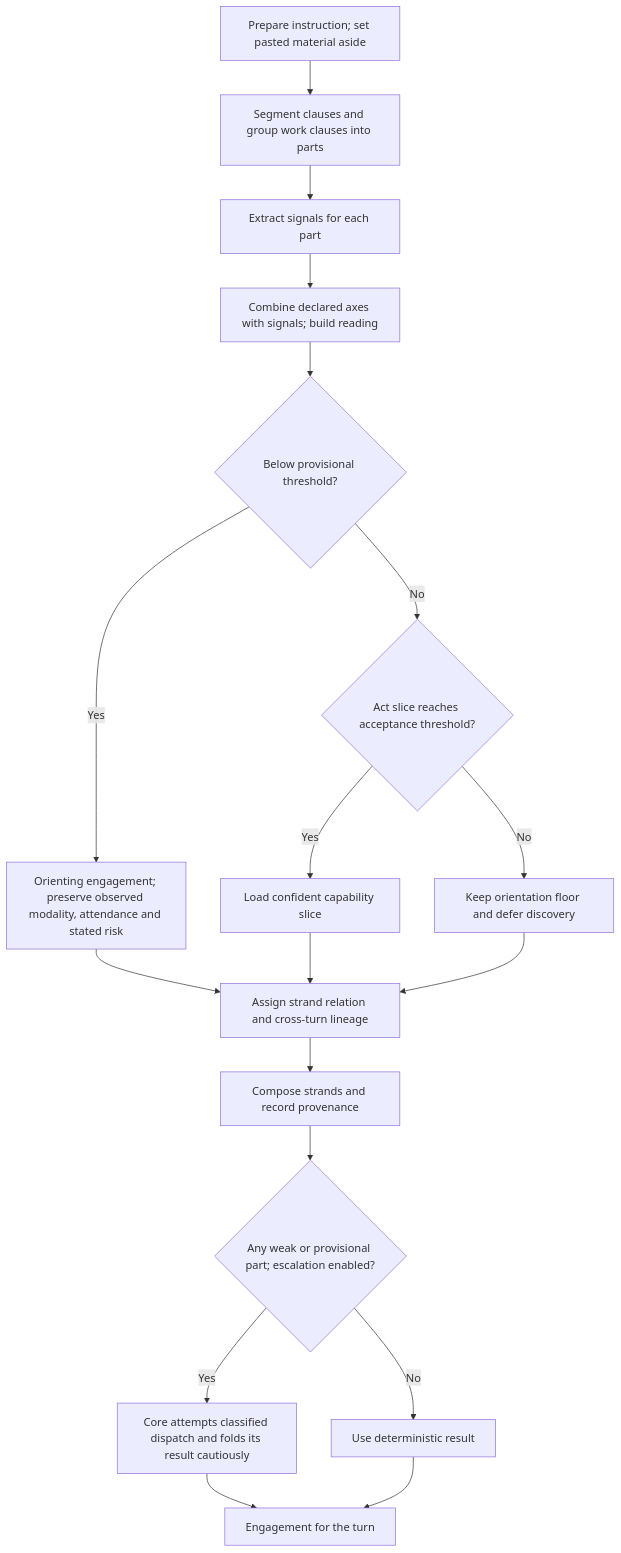
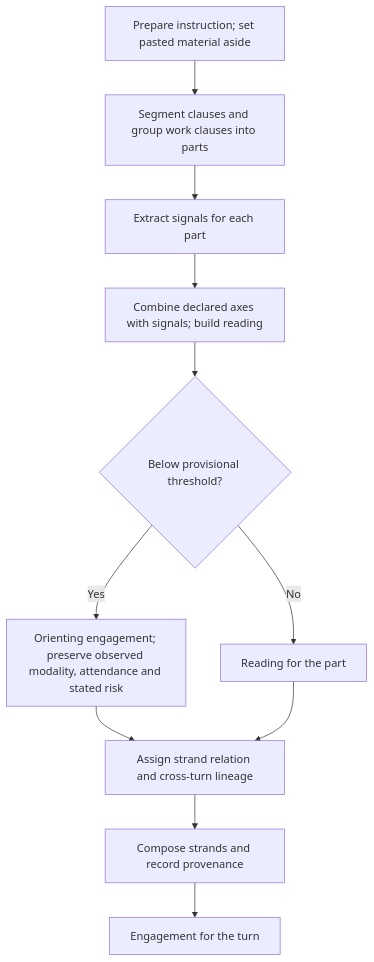
Before and after one commit to nranjan2code/code: the second of 3 diagrams in docs/design/47-commitment-kernel.md, drawn with Mermaid. The commit also changed other lines of this file and 26 other files, not shown here.

````diff
--- a/docs/design/47-commitment-kernel.md
+++ b/docs/design/47-commitment-kernel.md
@@ -348,20 +343,13 @@
 ```mermaid
 flowchart TD
     A[Prepare instruction; set pasted material aside] --> B[Segment clauses and group work clauses into parts]
     B --> C[Extract signals for each part]
     C --> D[Combine declared axes with signals; build reading]
     D --> E{Below provisional threshold?}
     E -- Yes --> F[Orienting engagement; preserve observed modality, attendance and stated risk]
-    E -- No --> G{Act slice reaches acceptance threshold?}
-    G -- Yes --> H[Load confident capability slice]
-    G -- No --> I[Keep orientation floor and defer discovery]
+    E -- No --> H[Reading for the part]
     F --> J[Assign strand relation and cross-turn lineage]
     H --> J
-    I --> J
     J --> K[Compose strands and record provenance]
-    K --> L{Any weak or provisional part; escalation enabled?}
-    L -- Yes --> M[Core attempts classified dispatch and folds its result cautiously]
-    L -- No --> N[Use deterministic result]
-    M --> O[Engagement for the turn]
-    N --> O
+    K --> O[Engagement for the turn]
 ```
````
